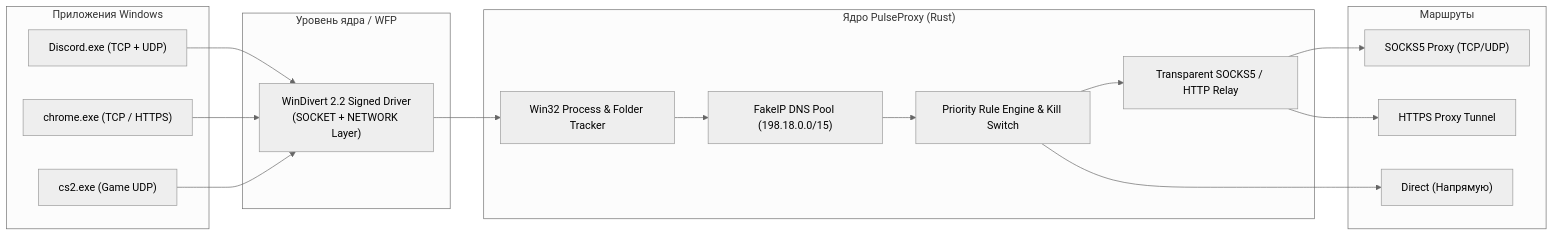
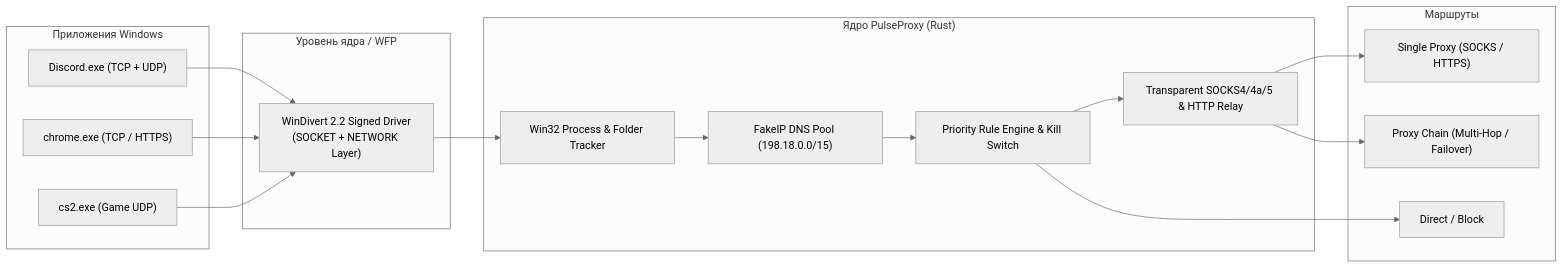
One commit to nimalekyt-bit/pulse-proxy changed the diagram in README.md. Above: the diagram before and after it, drawn with Mermaid (neutral theme). The commit also changed other lines of this file and 1 other file, not shown here.

````diff
--- a/README.md
+++ b/README.md
@@ -29,33 +32,33 @@
 ```mermaid
 flowchart LR
     subgraph Apps["Приложения Windows"]
         A1["Discord.exe (TCP + UDP)"]
         A2["chrome.exe (TCP / HTTPS)"]
         A3["cs2.exe (Game UDP)"]
     end
 
     subgraph Kernel["Уровень ядра / WFP"]
         WD["WinDivert 2.2 Signed Driver\n(SOCKET + NETWORK Layer)"]
     end
 
     subgraph Engine["Ядро PulseProxy (Rust)"]
         Radar["Win32 Process & Folder Tracker"]
         DNS["FakeIP DNS Pool (198.18.0.0/15)"]
         Rules["Priority Rule Engine & Kill Switch"]
-        Relay["Transparent SOCKS5 / HTTP Relay"]
+        Relay["Transparent SOCKS4/4a/5 & HTTP Relay"]
     end
 
     subgraph Outbound["Маршруты"]
-        P1["SOCKS5 Proxy (TCP/UDP)"]
-        P2["HTTPS Proxy Tunnel"]
-        D["Direct (Напрямую)"]
+        P1["Single Proxy (SOCKS / HTTPS)"]
+        P2["Proxy Chain (Multi-Hop / Failover)"]
+        D["Direct / Block"]
     end
 
     A1 & A2 & A3 --> WD
     WD --> Radar
     Radar --> DNS
     DNS --> Rules
     Rules --> Relay
     Rules --> D
     Relay --> P1 & P2
 ```
````
